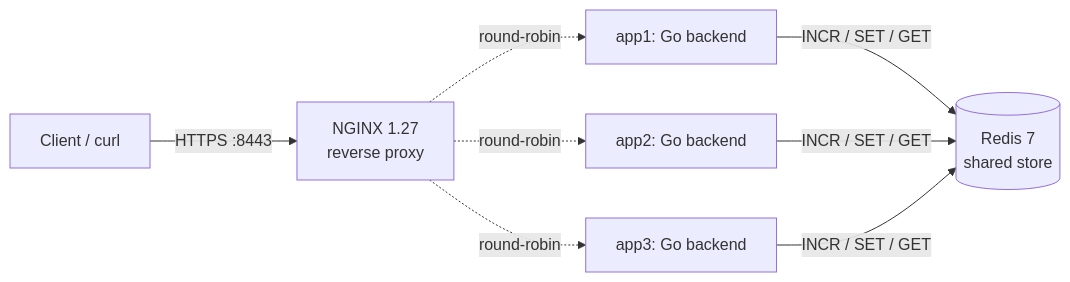
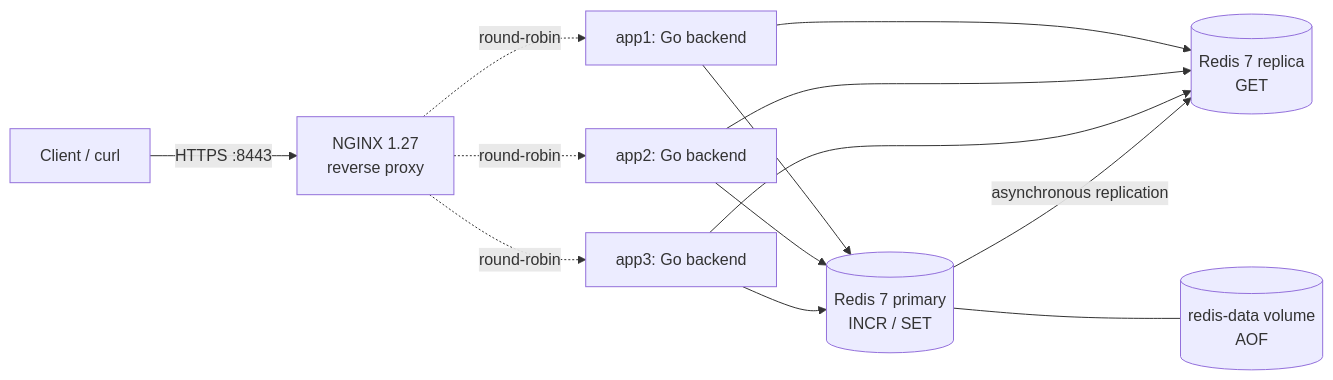
The diagram in README.md (kajuyerim/docker-based-multiserver-system), drawn with Mermaid before and after one commit. The commit also changed other lines of this file and 8 other files, not shown here.

Commit message:
docs(redis): explain persistence and replica consistency

````diff
--- a/README.md
+++ b/README.md
@@ -34,17 +35,24 @@
 ```mermaid
 flowchart LR
     Client[Client / curl]
     nginx[NGINX 1.27<br/>reverse proxy]
     app1[app1: Go backend]
     app2[app2: Go backend]
     app3[app3: Go backend]
-    redis[(Redis 7<br/>shared store)]
+    redis[(Redis 7 primary<br/>INCR / SET)]
+    reader[(Redis 7 replica<br/>GET)]
+    data[(redis-data volume<br/>AOF)]
 
     Client -->|HTTPS :8443| nginx
     nginx -. round-robin .-> app1
     nginx -. round-robin .-> app2
     nginx -. round-robin .-> app3
-    app1 -->|INCR / SET / GET| redis
-    app2 -->|INCR / SET / GET| redis
-    app3 -->|INCR / SET / GET| redis
+    app1 --> redis
+    app2 --> redis
+    app3 --> redis
+    app1 --> reader
+    app2 --> reader
+    app3 --> reader
+    redis -->|asynchronous replication| reader
+    redis --- data
 ```
````
